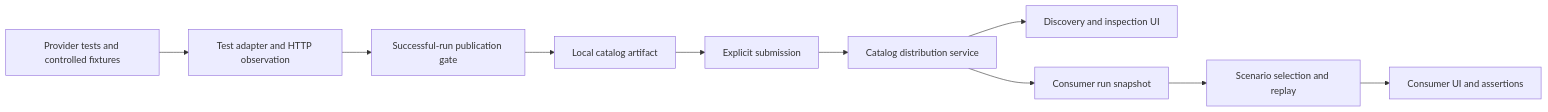
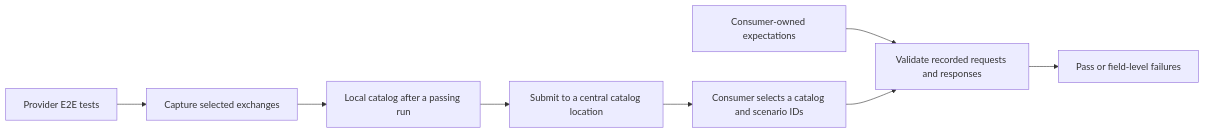
Before and after one commit to jbachmann/response-capture: the diagram in docs/RFC_provider_side_contract_testing.md, drawn with Mermaid. The commit also changed other lines of this file, not shown here.

````diff
--- a/docs/RFC_provider_side_contract_testing.md
+++ b/docs/RFC_provider_side_contract_testing.md
@@ -21,12 +34,10 @@
 ```mermaid
 flowchart LR
-  PT[Provider tests and controlled fixtures] --> O[Test adapter and HTTP observation]
-  O --> G[Successful-run publication gate]
-  G --> F[Local catalog artifact]
-  F --> U[Explicit submission]
-  U --> C[Catalog distribution service]
-  C --> B[Discovery and inspection UI]
-  C --> S[Consumer run snapshot]
-  S --> R[Scenario selection and replay]
-  R --> UI[Consumer UI and assertions]
+  P[Provider E2E tests] --> C[Capture selected exchanges]
+  C --> L[Local catalog after a passing run]
+  L --> S[Submit to a central catalog location]
+  S --> V[Consumer selects a catalog and scenario IDs]
+  E[Consumer-owned expectations] --> T[Validate recorded requests and responses]
+  V --> T
+  T --> R[Pass or field-level failures]
 ```
````
